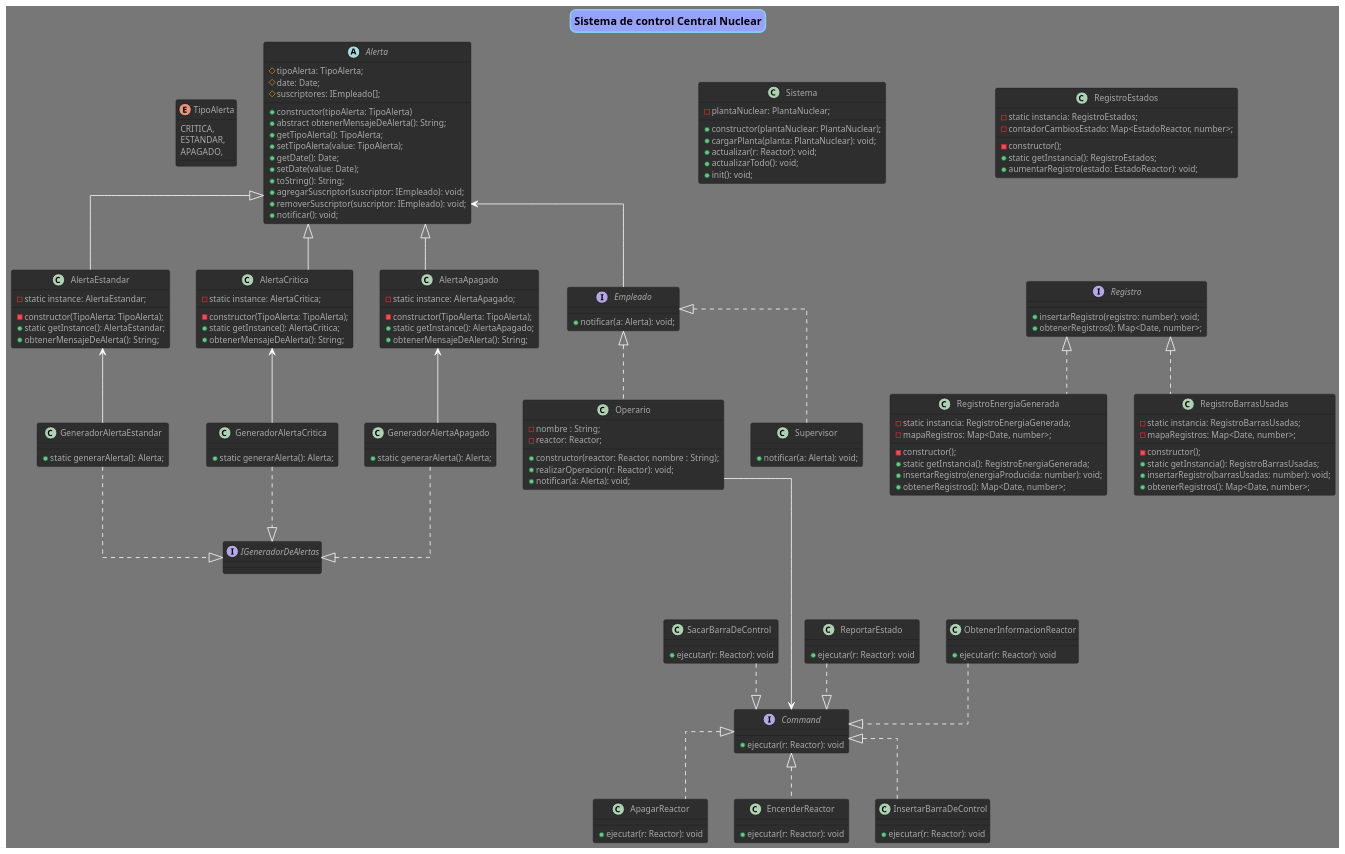
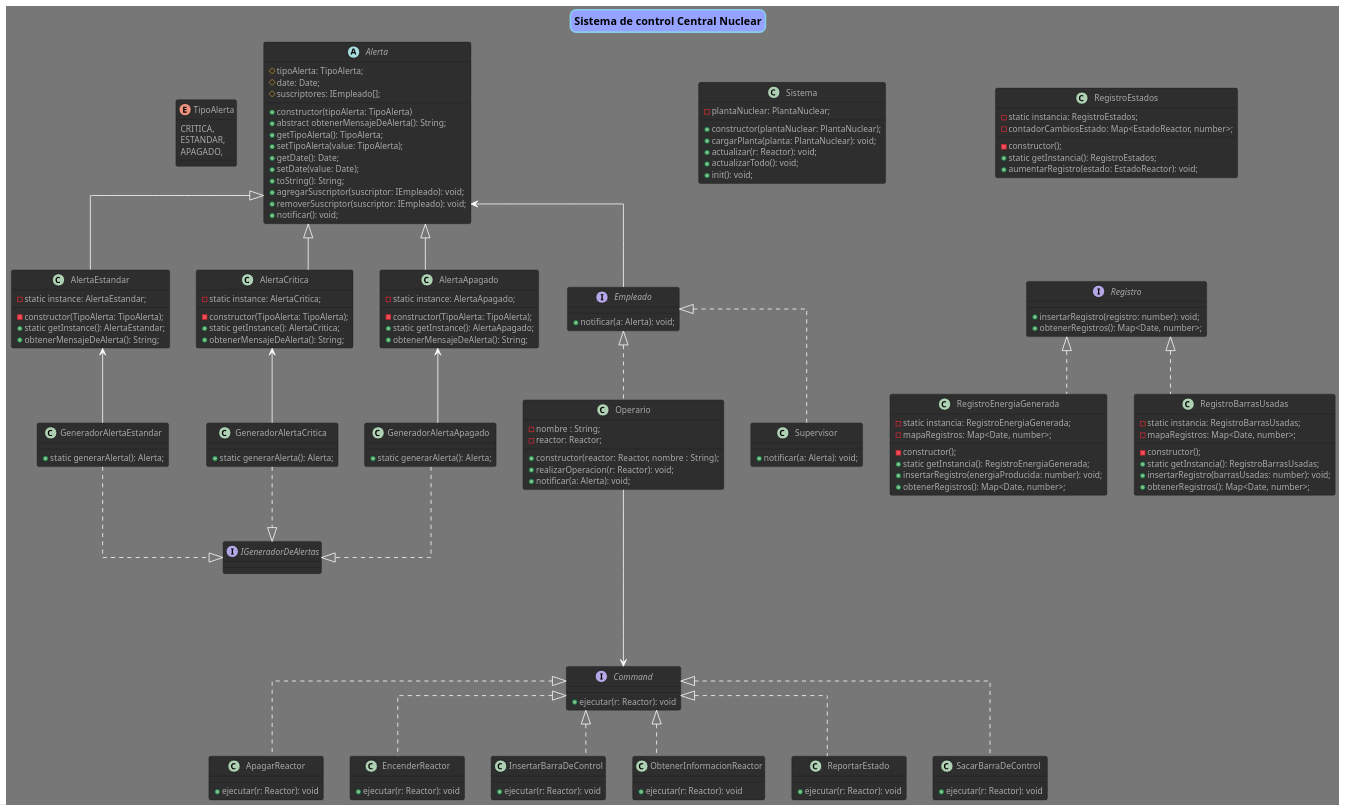
The diagram in diagrams/clases_sistema_control.puml (fmiguezo/reactor_nuclear), drawn with PlantUML before and after one commit. The commit also changed 5 other files, not shown here.

Commit message:
Puli un poco el orden dentro de los diagramas, ademas de Cambiar el thema y ordenar los de secuencias

```diff
--- a/diagrams/clases_sistema_control.puml
+++ b/diagrams/clases_sistema_control.puml
@@ -1,198 +1,199 @@
 @startuml Tp
 
 title "Sistema de control Central Nuclear"
 !theme reddress-darkblue
 scale 1.3
 skinparam Linetype ortho
 
 skinparam titleBorderRoundCorner 15
 skinparam titleBorderThickness 2
 skinparam titleBorderColor skyBlue
 skinparam titleBackgroundColor #96a2ff
 
 
 
 interface Command {
     +ejecutar(r: Reactor): void
 }
 
 class ApagarReactor {
     +ejecutar(r: Reactor): void
 }
 
 class EncenderReactor {
     +ejecutar(r: Reactor): void
 }
 
 class InsertarBarraDeControl {
     +ejecutar(r: Reactor): void
 }
 
 class ObtenerInformacionReactor {
     +ejecutar(r: Reactor): void
 }
 
 class ReportarEstado {
     +ejecutar(r: Reactor): void
 }
 
 class SacarBarraDeControl {
     +ejecutar(r: Reactor): void
 }
 
 abstract class Alerta {
     #tipoAlerta: TipoAlerta;
     #date: Date;
     #suscriptores: IEmpleado[];
 
     +constructor(tipoAlerta: TipoAlerta)
     +abstract obtenerMensajeDeAlerta(): String;
     +getTipoAlerta(): TipoAlerta;
     +setTipoAlerta(value: TipoAlerta);
     +getDate(): Date;
     +setDate(value: Date);
     +toString(): String;
     +agregarSuscriptor(suscriptor: IEmpleado): void;
     +removerSuscriptor(suscriptor: IEmpleado): void;
     +notificar(): void;
 }
 
 class AlertaApagado {
     -static instance: AlertaApagado;
 
     -constructor(TipoAlerta: TipoAlerta);
     +static getInstance(): AlertaApagado;
     +obtenerMensajeDeAlerta(): String;
 }
 
 class AlertaCritica {
     -static instance: AlertaCritica;
 
     -constructor(TipoAlerta: TipoAlerta);
     +static getInstance(): AlertaCritica;
     +obtenerMensajeDeAlerta(): String;
 }
 
 class AlertaEstandar {
     -static instance: AlertaEstandar;
 
     -constructor(TipoAlerta: TipoAlerta);
     +static getInstance(): AlertaEstandar;
     +obtenerMensajeDeAlerta(): String;
 }
 
 interface IGeneradorDeAlertas {
-    
+
 }
 
 class GeneradorAlertaApagado {
     +static generarAlerta(): Alerta;
 }
 
 class GeneradorAlertaCritica {
     +static generarAlerta(): Alerta;
 }
 
 class GeneradorAlertaEstandar {
     +static generarAlerta(): Alerta;
 }
 
 enum TipoAlerta {
     CRITICA,
     ESTANDAR,
     APAGADO,
 }
 
 interface Empleado {
     +notificar(a: Alerta): void;
 }
 
 class Operario {
     -nombre : String;
     -reactor: Reactor;
 
     +constructor(reactor: Reactor, nombre : String);
     +realizarOperacion(r: Reactor): void;
     +notificar(a: Alerta): void;
 }
 
 class Supervisor {
     +notificar(a: Alerta): void;
 }
 
 class Sistema {
     -plantaNuclear: PlantaNuclear;
 
     +constructor(plantaNuclear: PlantaNuclear);
     +cargarPlanta(planta: PlantaNuclear): void;
     +actualizar(r: Reactor): void;
     +actualizarTodo(): void;
     +init(): void;
 }
 
 interface Registro {
     +insertarRegistro(registro: number): void;
     +obtenerRegistros(): Map<Date, number>;
 }
 
 class RegistroEstados {
     -static instancia: RegistroEstados;
     -contadorCambiosEstado: Map<EstadoReactor, number>;
 
     -constructor();
     +static getInstancia(): RegistroEstados;
     +aumentarRegistro(estado: EstadoReactor): void;
 }
 
 class RegistroEnergiaGenerada {
     -static instancia: RegistroEnergiaGenerada;
     -mapaRegistros: Map<Date, number>;
 
     -constructor();
     +static getInstancia(): RegistroEnergiaGenerada;
     +insertarRegistro(energiaProducida: number): void;
     +obtenerRegistros(): Map<Date, number>;
 }
 
 class RegistroBarrasUsadas {
     -static instancia: RegistroBarrasUsadas;
     -mapaRegistros: Map<Date, number>;
 
     -constructor();
     +static getInstancia(): RegistroBarrasUsadas;
     +insertarRegistro(barrasUsadas: number): void;
     +obtenerRegistros(): Map<Date, number>;
 }
 
 ' Relaciones
-Command <|.. ApagarReactor
-Command <|.. EncenderReactor
-Command <|.. InsertarBarraDeControl
-Command <|.u. ObtenerInformacionReactor
-Command <|.u. ReportarEstado
-Command <|.u. SacarBarraDeControl
 
 Operario ----> Command
 
 Alerta <|-- AlertaApagado
 Alerta <|-- AlertaCritica
 Alerta <|-- AlertaEstandar
 Alerta -l[hidden]- TipoAlerta
 Alerta <-- Empleado
+
+Command <|.. ApagarReactor
+Command <|.. EncenderReactor
+Command <|.. InsertarBarraDeControl
+Command <|.. ObtenerInformacionReactor
+Command <|.. ReportarEstado
+Command <|.. SacarBarraDeControl
 
 IGeneradorDeAlertas <|.u. GeneradorAlertaApagado
 IGeneradorDeAlertas <|.u. GeneradorAlertaCritica
 IGeneradorDeAlertas <|.u. GeneradorAlertaEstandar
 
 GeneradorAlertaApagado -u-> AlertaApagado
 GeneradorAlertaCritica -u-> AlertaCritica
 GeneradorAlertaEstandar -u-> AlertaEstandar
 
 Empleado <|.. Operario
 Empleado <|.. Supervisor
 
 Registro <|.. RegistroEnergiaGenerada
 Registro <|.. RegistroBarrasUsadas
 RegistroEstados -d[hidden]- Registro
 
 @enduml
```
